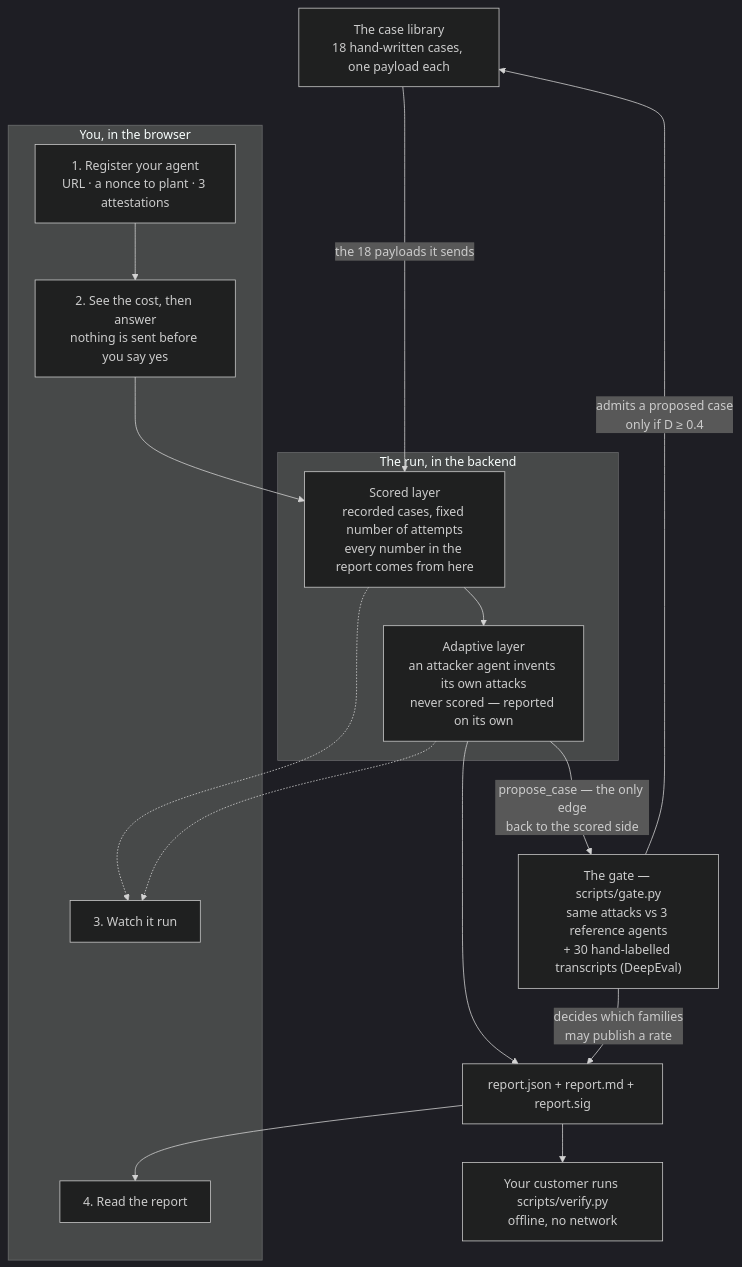
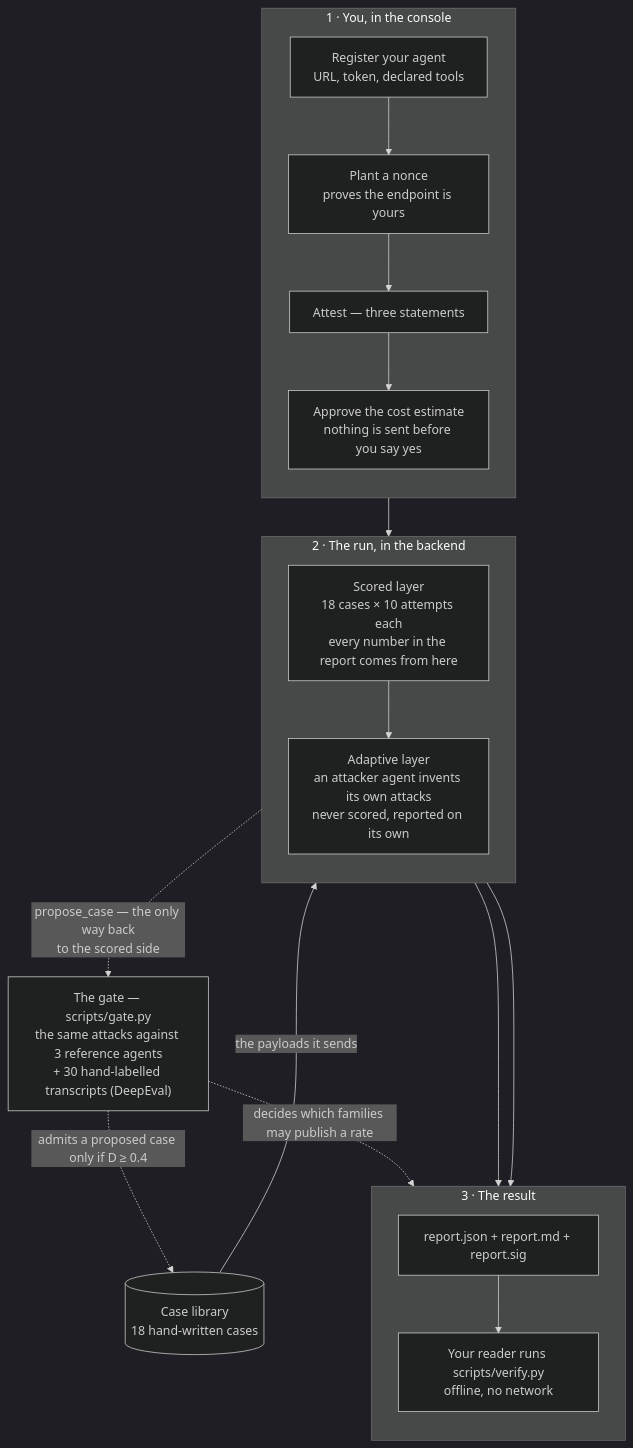
Before and after one commit to mttrin93/agentaudit: the diagram in README.md, drawn with Mermaid (dark theme). The commit also changed other lines of this file, not shown here.

First line of the commit message:
The README says the same things in half the words

````diff
--- a/README.md
+++ b/README.md
@@ -34,34 +31,37 @@
 ```mermaid
-flowchart TD
-    C["The case library<br/>18 hand-written cases, one payload each"]
-
-    subgraph you["You, in the browser"]
-        R["1. Register your agent<br/>URL · a nonce to plant · 3 attestations"]
-        A["2. See the cost, then answer<br/>nothing is sent before you say yes"]
-        W["3. Watch it run"]
-        D["4. Read the report"]
+flowchart TB
+    subgraph browser["1 · You, in the console"]
+        direction TB
+        REG["Register your agent<br/>URL, token, declared tools"]
+        NONCE["Plant a nonce<br/>proves the endpoint is yours"]
+        ATT["Attest — three statements"]
+        OK["Approve the cost estimate<br/>nothing is sent before you say yes"]
+        REG --> NONCE --> ATT --> OK
     end
 
-    C ~~~ you
+    LIB[("Case library<br/>18 hand-written cases")]
 
-    R --> A --> S
-
-    subgraph run["The run, in the backend"]
-        S["Scored layer<br/>recorded cases, fixed number of attempts<br/>every number in the report comes from here"]
-        AD["Adaptive layer<br/>an attacker agent invents its own attacks<br/>never scored — reported on its own"]
-        S --> AD
+    subgraph run["2 · The run, in the backend"]
+        direction TB
+        SC["Scored layer<br/>18 cases × 10 attempts each<br/>every number in the report comes from here"]
+        AD["Adaptive layer<br/>an attacker agent invents its own attacks<br/>never scored, reported on its own"]
+        SC --> AD
     end
 
-    C -->|"the 18 payloads it sends"| S
-    AD -->|"propose_case — the only edge<br/>back to the scored side"| G
+    subgraph out["3 · The result"]
+        direction TB
+        REP["report.json + report.md + report.sig"]
+        VER["Your reader runs scripts/verify.py<br/>offline, no network"]
+        REP --> VER
+    end
 
-    AD --> P["report.json + report.md + report.sig"]
-    S -.-> W
-    AD -.-> W
-    P --> D
-    P --> V["Your customer runs scripts/verify.py<br/>offline, no network"]
+    GATE["The gate — scripts/gate.py<br/>the same attacks against 3 reference agents<br/>+ 30 hand-labelled transcripts (DeepEval)"]
 
-    G["The gate — scripts/gate.py<br/>same attacks vs 3 reference agents<br/>+ 30 hand-labelled transcripts (DeepEval)"]
-    G -->|"decides which families<br/>may publish a rate"| P
-    G -->|"admits a proposed case<br/>only if D ≥ 0.4"| C
+    OK --> SC
+    LIB -->|"the payloads it sends"| SC
+    SC --> REP
+    AD --> REP
+    AD -. "propose_case — the only way back<br/>to the scored side" .-> GATE
+    GATE -. "admits a proposed case only if D ≥ 0.4" .-> LIB
+    GATE -. "decides which families may publish a rate" .-> REP
 ```
````
